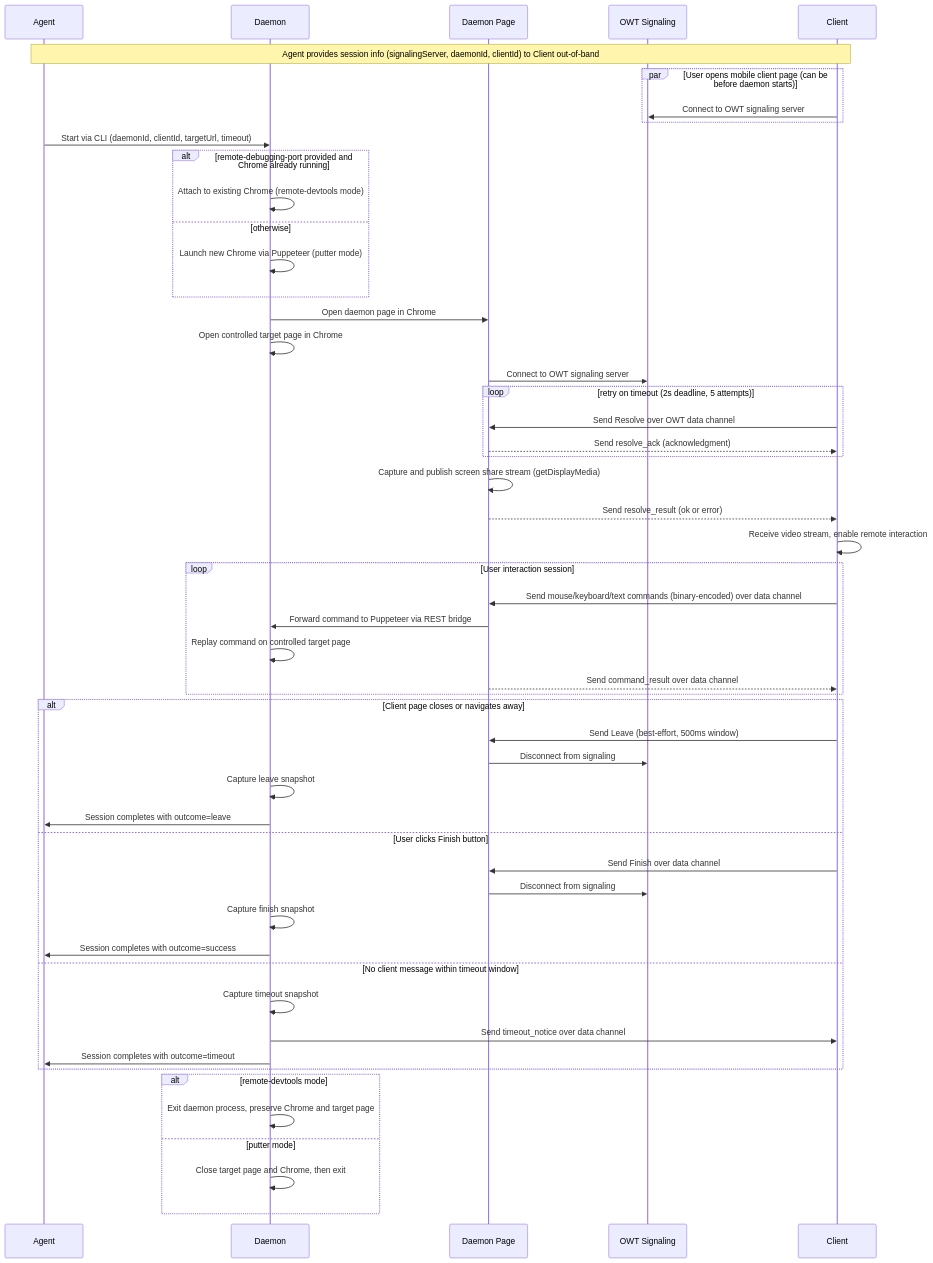
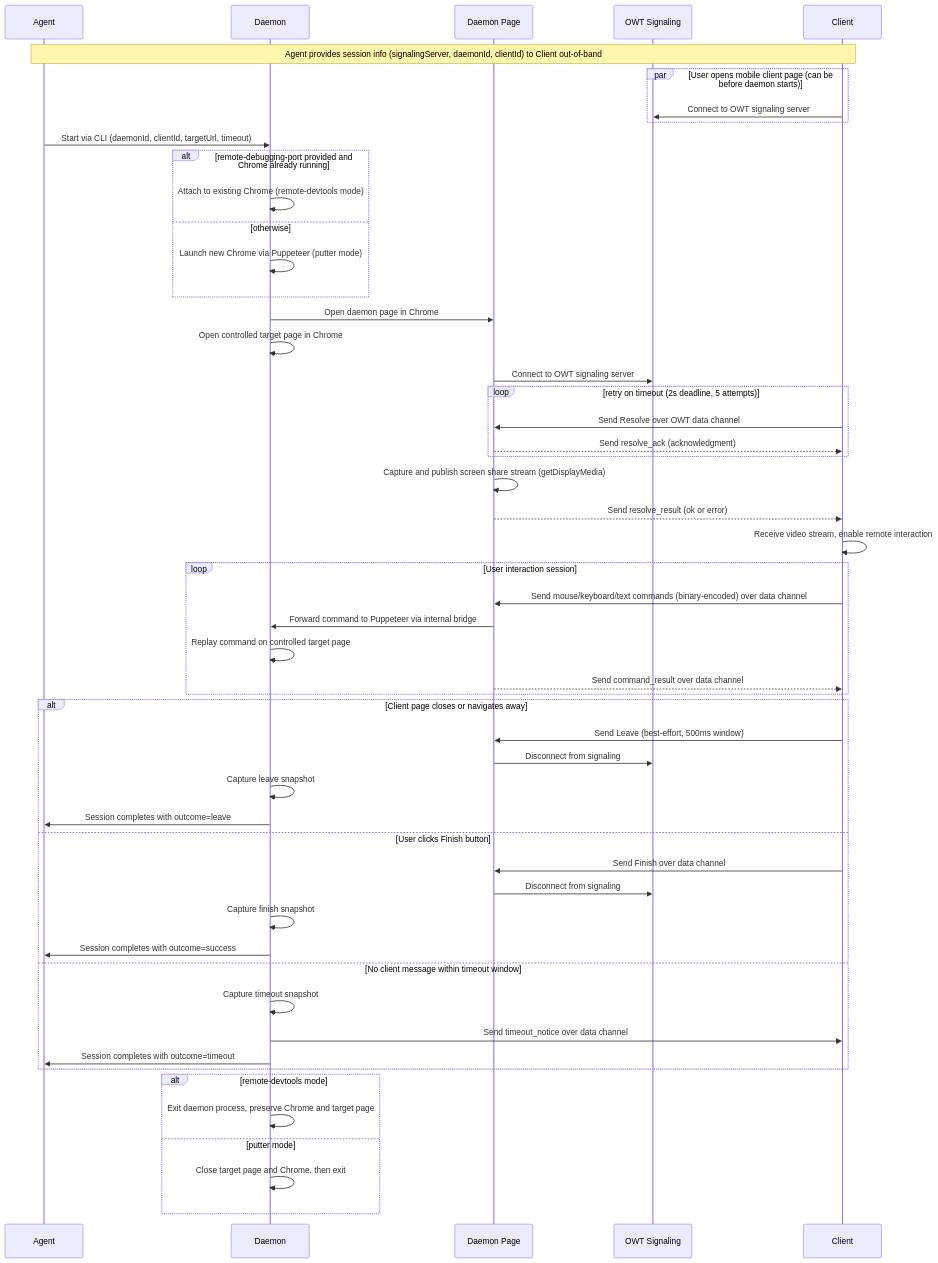
One commit to yzhou51/agentic-browser-lui changed the diagram in README.md. Above: the diagram before and after it, drawn with Mermaid. The commit also changed other lines of this file and 5 other files, not shown here.

````diff
--- a/README.md
+++ b/README.md
@@ -228,64 +226,64 @@
 ```mermaid
 sequenceDiagram
     participant Agent
     participant Daemon
     participant DaemonPage as Daemon Page
     participant Signal as OWT Signaling
     participant Client
 
     Note over Agent,Client: Agent provides session info (signalingServer, daemonId, clientId) to Client out-of-band
 
     par User opens mobile client page (can be before daemon starts)
         Client->>Signal: Connect to OWT signaling server
     end
 
     Agent->>Daemon: Start via CLI (daemonId, clientId, targetUrl, timeout)
 
     alt remote-debugging-port provided and Chrome already running
         Daemon->>Daemon: Attach to existing Chrome (remote-devtools mode)
     else otherwise
         Daemon->>Daemon: Launch new Chrome via Puppeteer (putter mode)
     end
 
     Daemon->>DaemonPage: Open daemon page in Chrome
     Daemon->>Daemon: Open controlled target page in Chrome
     DaemonPage->>Signal: Connect to OWT signaling server
 
     loop retry on timeout (2s deadline,  5 attempts)
         Client->>DaemonPage: Send Resolve over OWT data channel
         DaemonPage-->>Client: Send resolve_ack (acknowledgment)
     end
 
     DaemonPage->>DaemonPage: Capture and publish screen share stream (getDisplayMedia)
     DaemonPage-->>Client: Send resolve_result (ok or error)
     Client->>Client: Receive video stream, enable remote interaction
 
     loop User interaction session
         Client->>DaemonPage: Send mouse/keyboard/text commands (binary-encoded) over data channel
-        DaemonPage->>Daemon: Forward command to Puppeteer via REST bridge
+        DaemonPage->>Daemon: Forward command to Puppeteer via internal bridge
         Daemon->>Daemon: Replay command on controlled target page
         DaemonPage-->>Client: Send command_result over data channel
     end
 
     alt Client page closes or navigates away
         Client->>DaemonPage: Send Leave (best-effort, 500ms window)
         DaemonPage->>Signal: Disconnect from signaling
         Daemon->>Daemon: Capture leave snapshot
         Daemon->>Agent: Session completes with outcome=leave
     else User clicks Finish button
         Client->>DaemonPage: Send Finish over data channel
         DaemonPage->>Signal: Disconnect from signaling
         Daemon->>Daemon: Capture finish snapshot
         Daemon->>Agent: Session completes with outcome=success
     else No client message within timeout window
         Daemon->>Daemon: Capture timeout snapshot
         Daemon->>Client: Send timeout_notice over data channel
         Daemon->>Agent: Session completes with outcome=timeout
     end
 
     alt remote-devtools mode
         Daemon->>Daemon: Exit daemon process, preserve Chrome and target page
     else putter mode
         Daemon->>Daemon: Close target page and Chrome, then exit
     end
 ```
````
